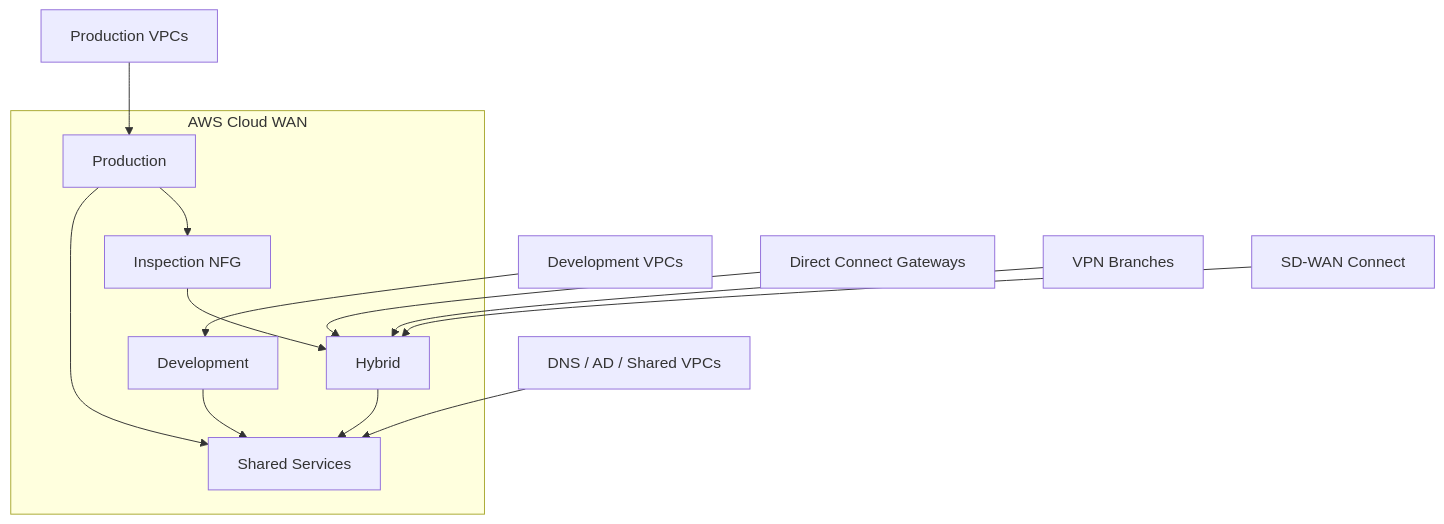
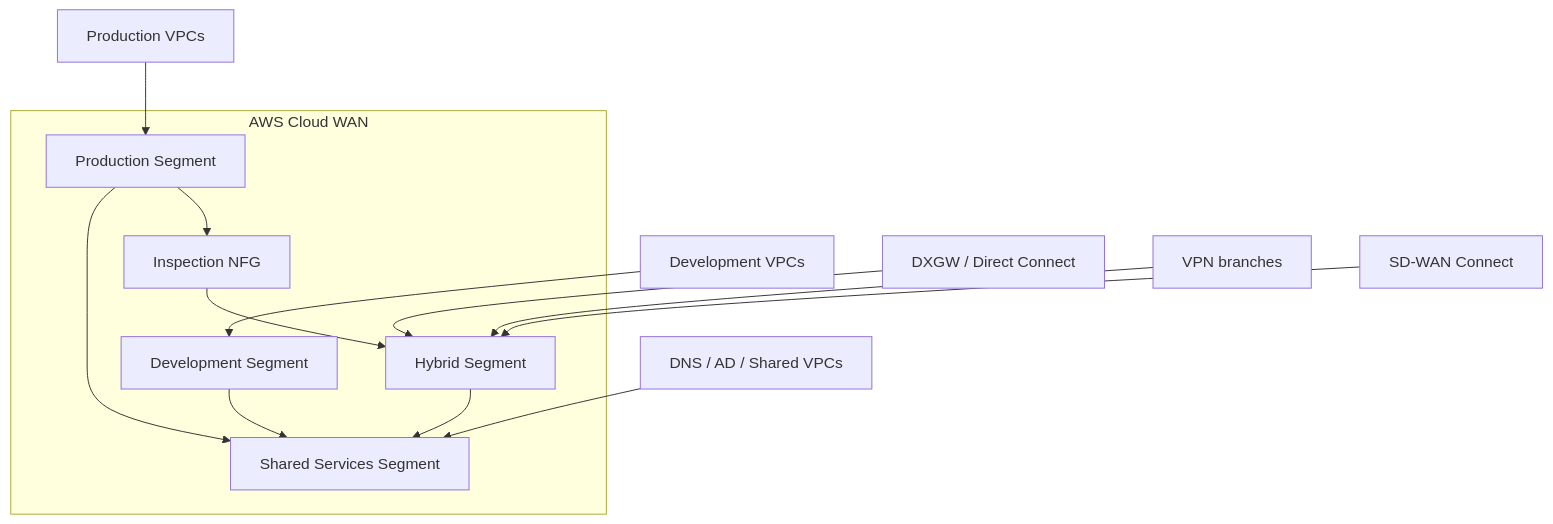
The ninth of 9 diagrams in 09-05-26-09-57_AWS_Cloud_WAN_Comprehensive_Study_Guide.md (ccaiccie/knowledge), drawn with Mermaid before and after one commit. The commit also changed other lines of this file, not shown here.

````diff
--- a/09-05-26-09-57_AWS_Cloud_WAN_Comprehensive_Study_Guide.md
+++ b/09-05-26-09-57_AWS_Cloud_WAN_Comprehensive_Study_Guide.md
@@ -1992,25 +1509,23 @@
 ```mermaid
 flowchart TB
     subgraph CW["AWS Cloud WAN"]
-      PROD["Production"]
-      DEV["Development"]
-      SHARED["Shared Services"]
-      HYBRID["Hybrid"]
+      PROD["Production Segment"]
+      DEV["Development Segment"]
+      SHARED["Shared Services Segment"]
+      HYBRID["Hybrid Segment"]
       NFG["Inspection NFG"]
     end
 
     PVPC["Production VPCs"] --> PROD
     DVPC["Development VPCs"] --> DEV
     SVPC["DNS / AD / Shared VPCs"] --> SHARED
-
-    DX["Direct Connect Gateways"] --> HYBRID
-    VPN["VPN Branches"] --> HYBRID
+    DX["DXGW / Direct Connect"] --> HYBRID
+    VPN["VPN branches"] --> HYBRID
     SDWAN["SD-WAN Connect"] --> HYBRID
 
     PROD --> NFG
     NFG --> HYBRID
-
     PROD --> SHARED
     DEV --> SHARED
     HYBRID --> SHARED
 ```
````
